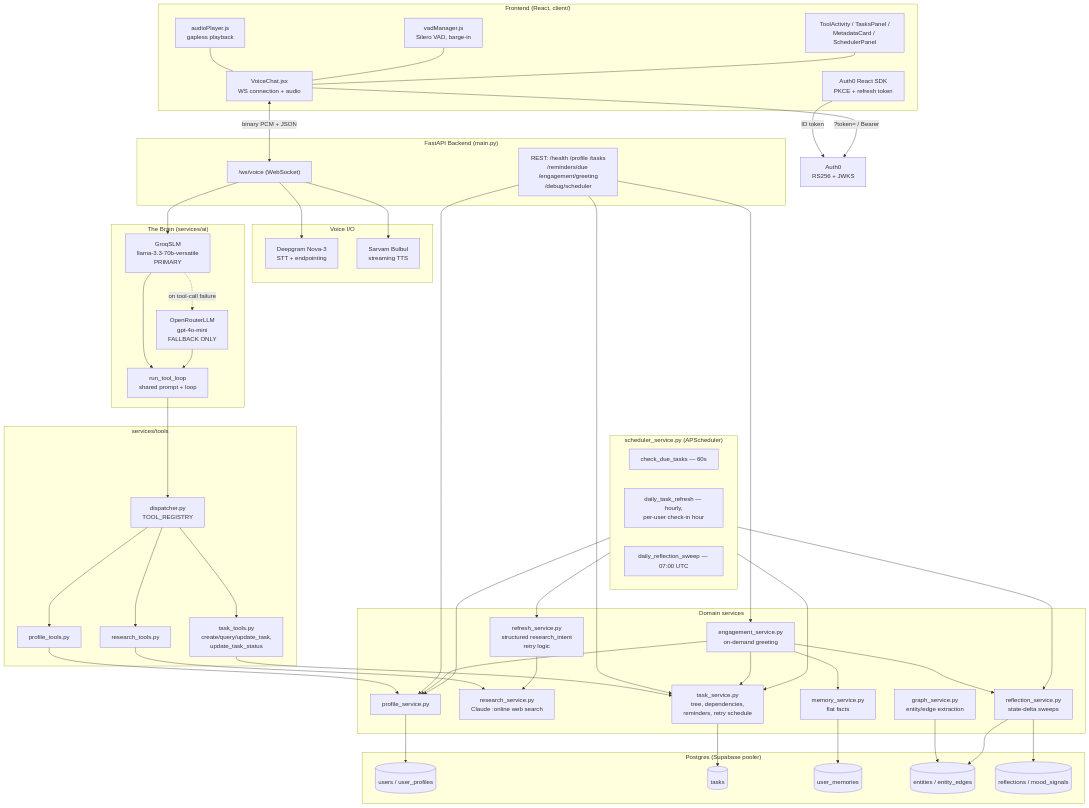
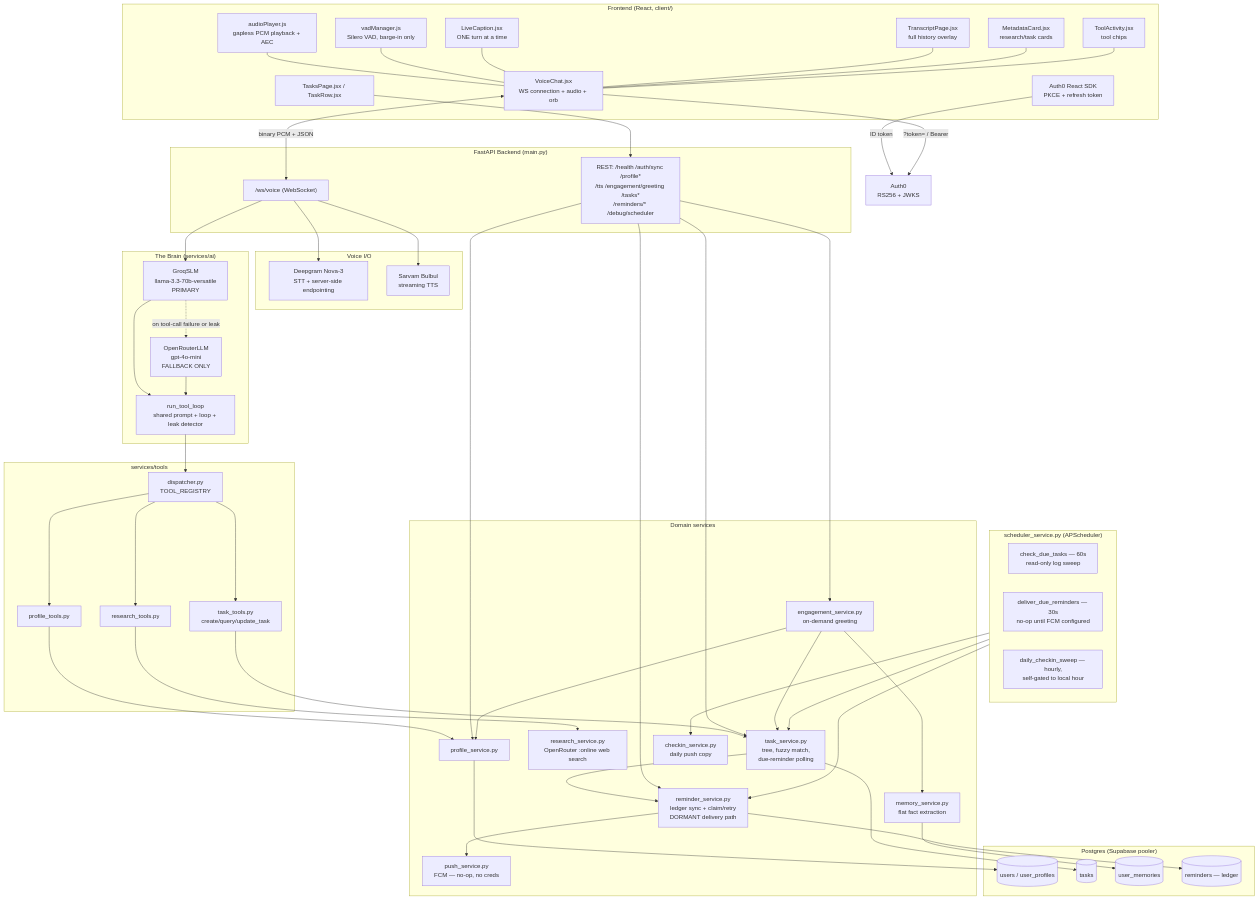
Before and after one commit to SOGeKING-NUL/taskade_backend: the diagram in docs/architecture_overview.md, drawn with Mermaid. The commit also changed other lines of this file and 12 other files, not shown here.

````diff
--- a/docs/architecture_overview.md
+++ b/docs/architecture_overview.md
@@ -24,59 +37,62 @@
 ```mermaid
 flowchart TB
     subgraph Client["Frontend (React, client/)"]
-        VC[VoiceChat.jsx<br/>WS connection + audio]
-        AP[audioPlayer.js<br/>gapless playback]
-        VAD[vadManager.js<br/>Silero VAD, barge-in]
-        Panels[ToolActivity / TasksPanel /<br/>MetadataCard / SchedulerPanel]
+        VC[VoiceChat.jsx<br/>WS connection + audio + orb]
+        AP[audioPlayer.js<br/>gapless PCM playback + AEC]
+        VAD[vadManager.js<br/>Silero VAD, barge-in only]
+        LC[LiveCaption.jsx<br/>ONE turn at a time]
+        TP[TranscriptPage.jsx<br/>full history overlay]
+        MC[MetadataCard.jsx<br/>research/task cards]
+        TA[ToolActivity.jsx<br/>tool chips]
+        TasksUI[TasksPage.jsx / TaskRow.jsx]
         Auth0SDK[Auth0 React SDK<br/>PKCE + refresh token]
     end
 
     subgraph Backend["FastAPI Backend (main.py)"]
         WS["/ws/voice (WebSocket)"]
-        REST["REST: /health /profile /tasks<br/>/reminders/due /engagement/greeting<br/>/debug/scheduler"]
+        REST["REST: /health /auth/sync /profile*<br/>/tts /engagement/greeting /tasks*<br/>/reminders/* /debug/scheduler"]
     end
 
     subgraph Voice["Voice I/O"]
-        DG[Deepgram Nova-3<br/>STT + endpointing]
+        DG[Deepgram Nova-3<br/>STT + server-side endpointing]
         SARVAM[Sarvam Bulbul<br/>streaming TTS]
     end
 
     subgraph Brain["The Brain (services/ai)"]
         SLM[GroqSLM<br/>llama-3.3-70b-versatile<br/>PRIMARY]
-        SHARED[run_tool_loop<br/>shared prompt + loop]
+        SHARED[run_tool_loop<br/>shared prompt + loop + leak detector]
         LLM[OpenRouterLLM<br/>gpt-4o-mini<br/>FALLBACK ONLY]
     end
 
     subgraph Tools["services/tools"]
         DISP[dispatcher.py<br/>TOOL_REGISTRY]
-        TT[task_tools.py<br/>create/query/update_task,<br/>update_task_status]
+        TT[task_tools.py<br/>create/query/update_task]
         RT[research_tools.py]
         PT[profile_tools.py]
     end
 
     subgraph Domain["Domain services"]
-        TS[task_service.py<br/>tree, dependencies,<br/>reminders, retry schedule]
-        RS[research_service.py<br/>Claude :online web search]
-        RFS[refresh_service.py<br/>structured research_intent<br/>retry logic]
+        TS[task_service.py<br/>tree, fuzzy match,<br/>due-reminder polling]
+        RS[research_service.py<br/>OpenRouter :online web search]
+        REM[reminder_service.py<br/>ledger sync + claim/retry<br/>DORMANT delivery path]
         PS[profile_service.py]
-        MS[memory_service.py<br/>flat facts]
-        GS[graph_service.py<br/>entity/edge extraction]
-        REFS[reflection_service.py<br/>state-delta sweeps]
+        MS[memory_service.py<br/>flat fact extraction]
         ES[engagement_service.py<br/>on-demand greeting]
+        CS[checkin_service.py<br/>daily push copy]
+        PUSH[push_service.py<br/>FCM — no-op, no creds]
     end
 
     subgraph Sched["scheduler_service.py (APScheduler)"]
-        J1[check_due_tasks — 60s]
-        J2[daily_task_refresh — hourly,<br/>per-user check-in hour]
-        J3[daily_reflection_sweep — 07:00 UTC]
+        J1[check_due_tasks — 60s<br/>read-only log sweep]
+        J2[deliver_due_reminders — 30s<br/>no-op until FCM configured]
+        J3[daily_checkin_sweep — hourly,<br/>self-gated to local hour]
     end
 
     subgraph DB["Postgres (Supabase pooler)"]
         T1[(users / user_profiles)]
         T2[(tasks)]
         T3[(user_memories)]
-        T4[(entities / entity_edges)]
-        T5[(reflections / mood_signals)]
+        T4[(reminders — ledger)]
     end
 
     Auth0[Auth0<br/>RS256 + JWKS]
@@ -84,7 +100,10 @@
     VC <-->|binary PCM + JSON| WS
     AP --- VC
     VAD --- VC
-    Panels --- VC
+    LC --- VC
+    TP --- VC
+    MC --- VC
+    TA --- VC
     Auth0SDK -->|ID token| Auth0
     VC -->|"?token= / Bearer"| Auth0
 
@@ -93,22 +112,23 @@
     WS --> SLM
     SLM --> SHARED
     LLM --> SHARED
-    SLM -.->|on tool-call failure| LLM
+    SLM -.->|on tool-call failure or leak| LLM
     SHARED --> DISP
     DISP --> TT & RT & PT
     TT --> TS
     RT --> RS
     PT --> PS
+    TS --> REM
 
-    REST --> TS & PS & ES
+    REST --> TS & PS & ES & REM
+    TasksUI --> REST
 
-    Sched --> TS & PS & RFS & REFS
-    RFS --> RS
+    Sched --> TS & CS & REM
+    REM --> PUSH
 
     TS --> T2
     PS --> T1
     MS --> T3
-    GS --> T4
-    REFS --> T5 & T4
-    ES --> PS & MS & TS & REFS
+    REM --> T4
+    ES --> PS & MS & TS
 ```
````
